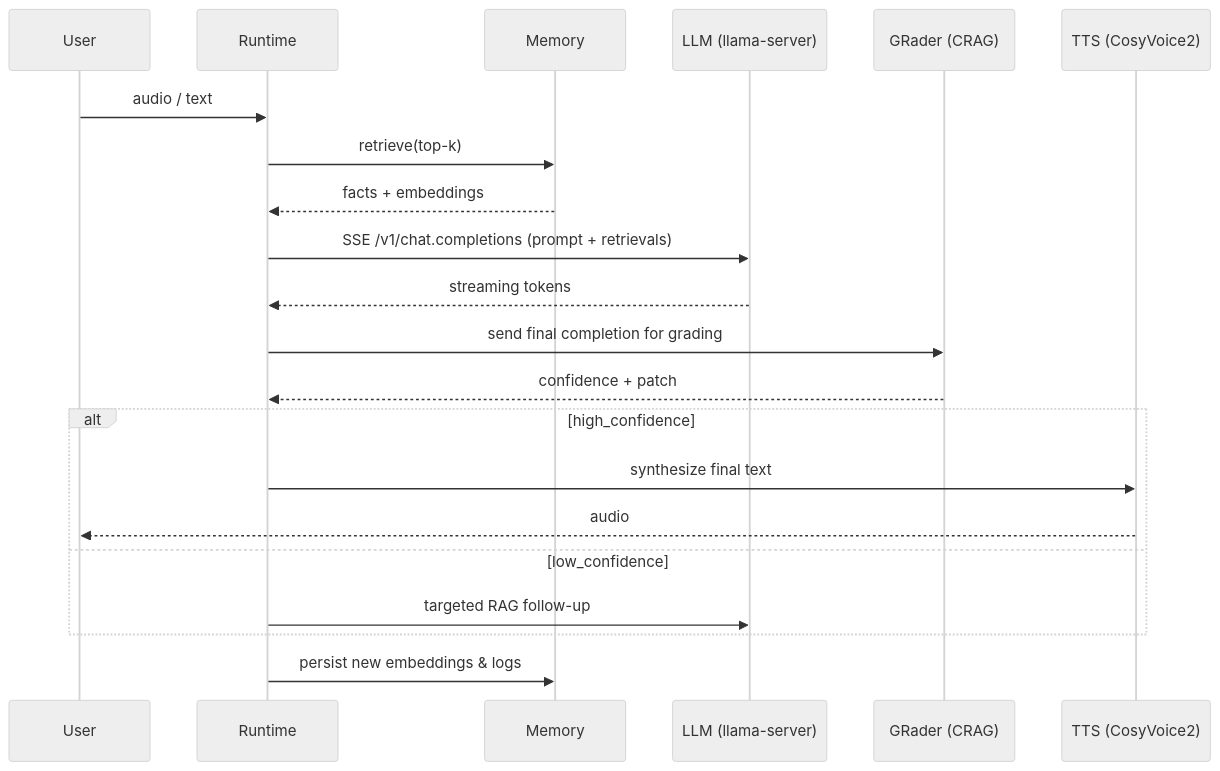
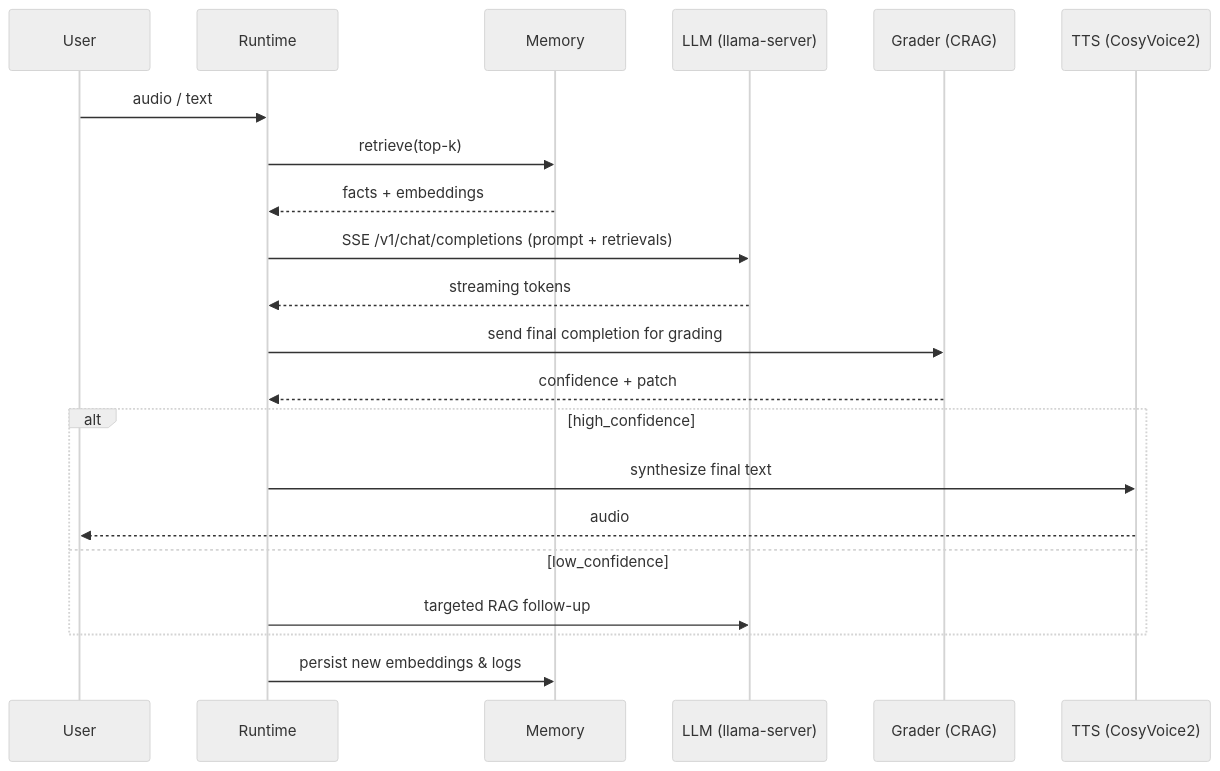
The second of 3 diagrams in README.md (hacktivist211/ULTRON), drawn with Mermaid (neutral theme) before and after one commit. The commit also changed other lines of this file, not shown here.

````diff
--- a/README.md
+++ b/README.md
@@ -451,24 +450,24 @@
 ```mermaid
 sequenceDiagram
   participant U as User
   participant R as Runtime
   participant M as Memory
   participant L as LLM (llama-server)
-  participant G as GRader (CRAG)
+  participant G as Grader (CRAG)
   participant T as TTS (CosyVoice2)
 
   U->>R: audio / text
   R->>M: retrieve(top-k)
   M-->>R: facts + embeddings
-  R->>L: SSE /v1/chat.completions (prompt + retrievals)
+  R->>L: SSE /v1/chat/completions (prompt + retrievals)
   L-->>R: streaming tokens
   R->>G: send final completion for grading
   G-->>R: confidence + patch
   alt high_confidence
     R->>T: synthesize final text
     T-->>U: audio
   else low_confidence
     R->>L: targeted RAG follow-up
   end
   R->>M: persist new embeddings & logs
 ```
````
